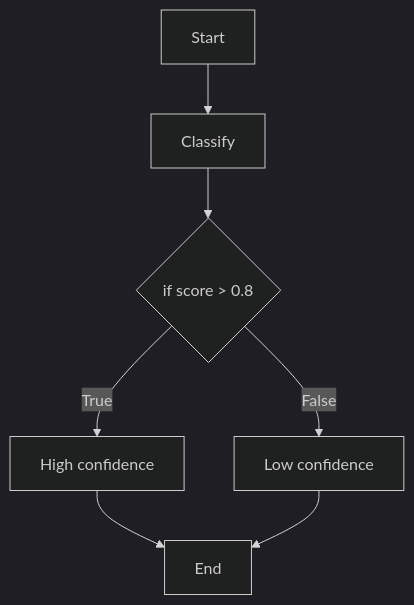
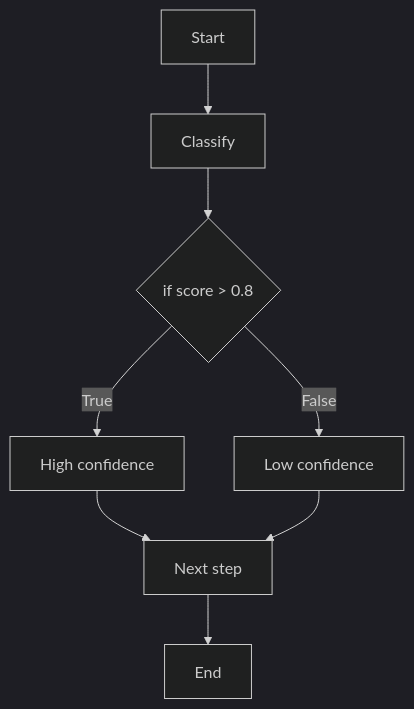
The sixth of 8 diagrams in docs/nodes/control-flow-nodes.md (MindMadeLab/quartermaster-sdk-py), drawn with Mermaid (dark theme) before and after one commit. The commit also changed other lines of this file and 4 other files, not shown here.

````diff
--- a/docs/nodes/control-flow-nodes.md
+++ b/docs/nodes/control-flow-nodes.md
@@ -333,9 +352,10 @@
 ```mermaid
 graph TD
     S[Start] --> A[Classify]
     A --> IF{if score > 0.8}
     IF -->|True| H[High confidence]
     IF -->|False| L[Low confidence]
-    H --> E[End]
-    L --> E
+    H --> N[Next step]
+    L --> N
+    N --> E[End]
 ```
````
